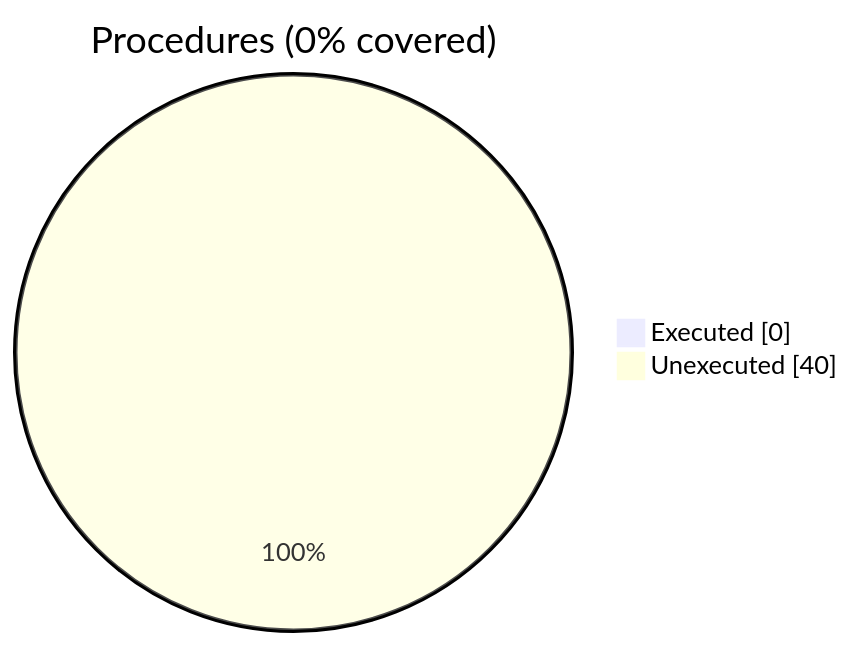
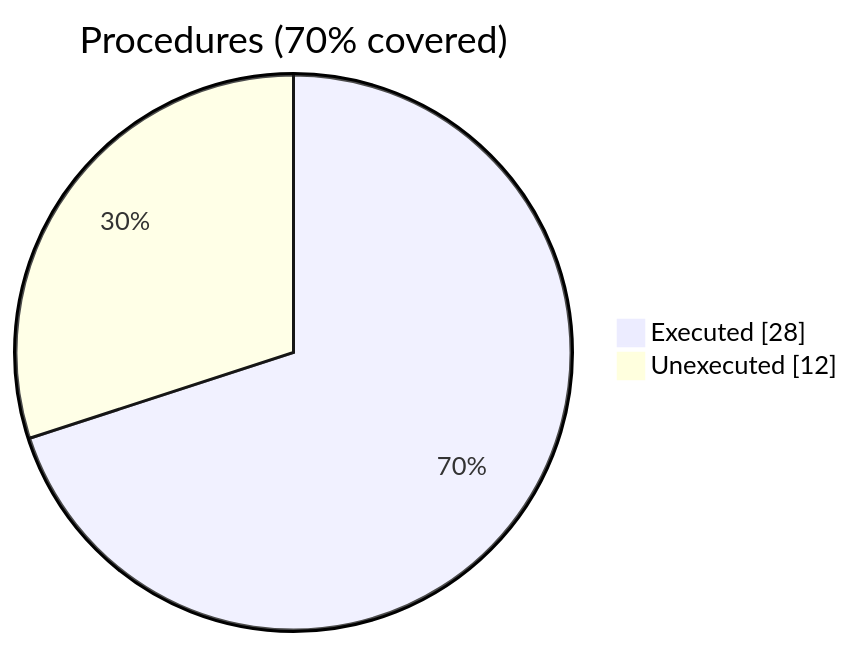
One commit to szaghi/VTKFortran changed the second of 2 diagrams in docs/guide/vtk_fortran_vtk_file_xml_writer_abstract.f90.gcov.md. Above: the diagram before and after it, drawn with Mermaid. The commit also changed other lines of this file and 9 other files, not shown here.

````diff
--- a/docs/guide/vtk_fortran_vtk_file_xml_writer_abstract.f90.gcov.md
+++ b/docs/guide/vtk_fortran_vtk_file_xml_writer_abstract.f90.gcov.md
@@ -24,6 +24,6 @@
 ```mermaid
 pie showData
-    title Procedures (0% covered)
-    "Executed" : 0
-    "Unexecuted" : 40
+    title Procedures (70% covered)
+    "Executed" : 28
+    "Unexecuted" : 12
 ```
````
